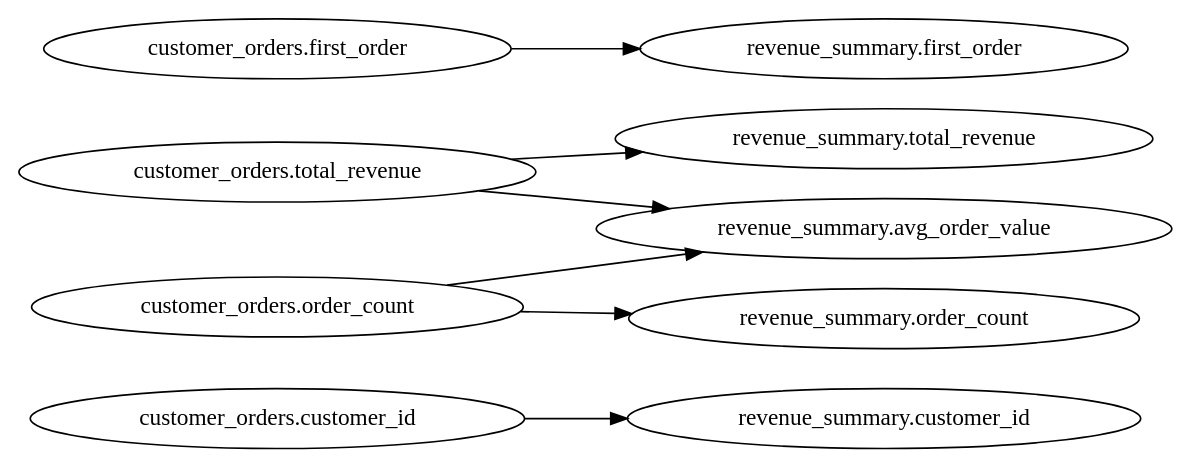
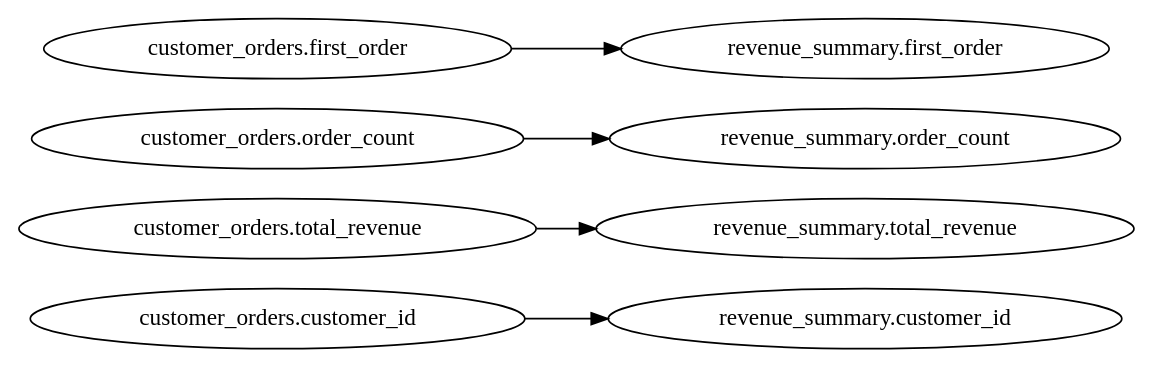
The diagram in docs/src/content/docs/guides/playground.mdx (rocky-data/rocky), drawn with Graphviz before and after one commit. The commit also changed other lines of this file and 235 other files, not shown here.

````diff
--- a/docs/src/content/docs/guides/playground.mdx
+++ b/docs/src/content/docs/guides/playground.mdx
@@ -301,11 +300,9 @@
 ```dot
 digraph lineage {
   rankdir=LR;
   "customer_orders.customer_id" -> "revenue_summary.customer_id";
   "customer_orders.total_revenue" -> "revenue_summary.total_revenue";
   "customer_orders.order_count" -> "revenue_summary.order_count";
-  "customer_orders.total_revenue" -> "revenue_summary.avg_order_value";
-  "customer_orders.order_count" -> "revenue_summary.avg_order_value";
   "customer_orders.first_order" -> "revenue_summary.first_order";
 }
 ```
````
